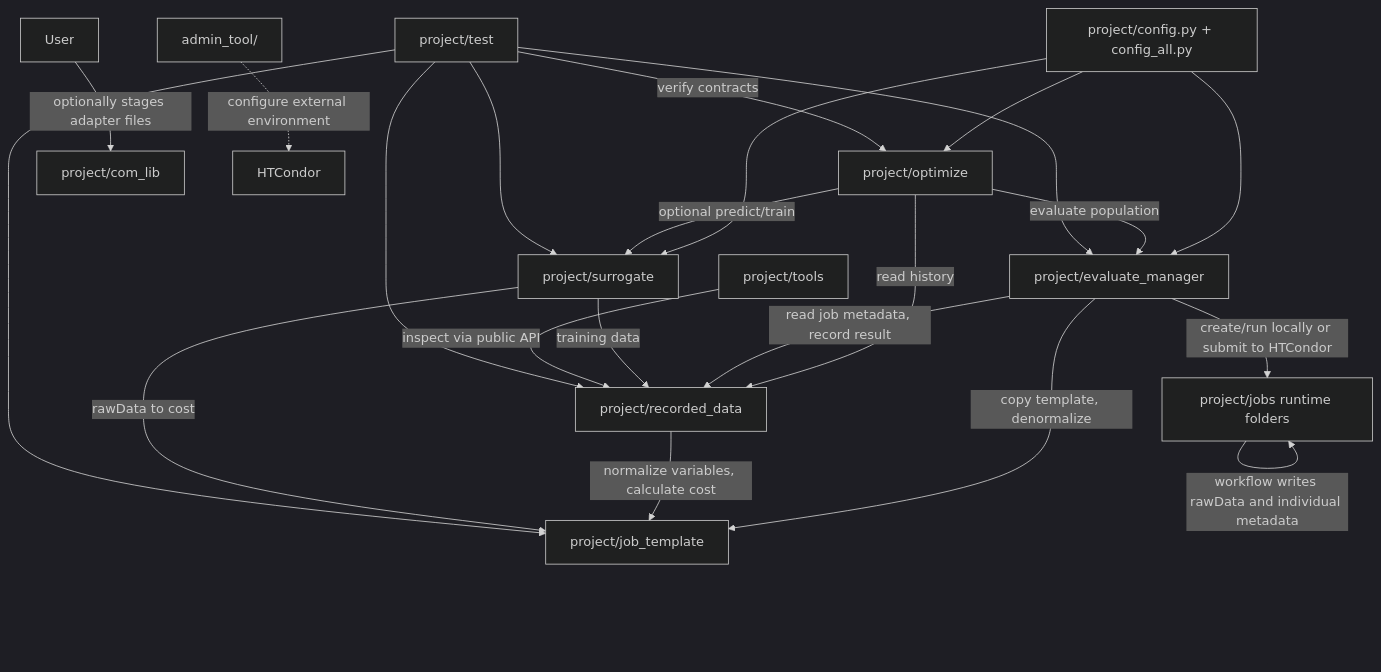
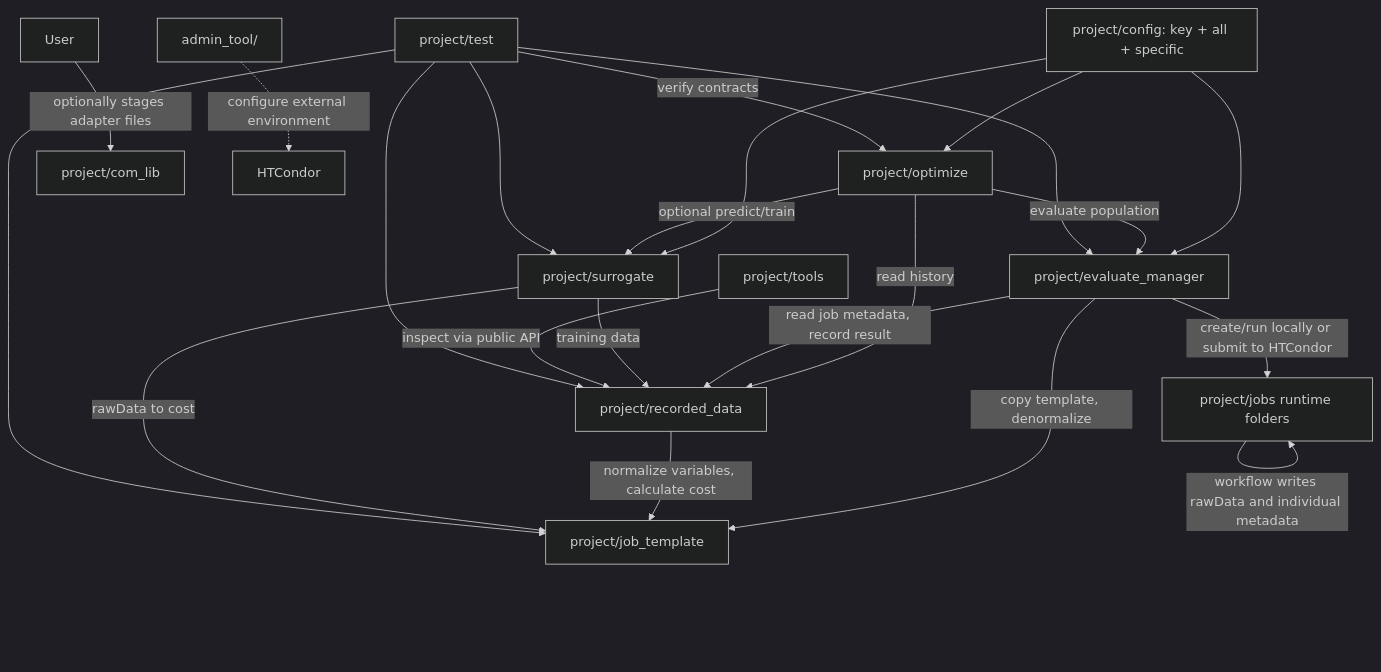
Before and after one commit to YS-Pan/yadof: the diagram in dev_doc/architecture/c4_container.md, drawn with Mermaid (dark theme). The commit also changed other lines of this file and 58 other files, not shown here.

Commit message:
refactor: isolate software-specific tools and config

````diff
--- a/dev_doc/architecture/c4_container.md
+++ b/dev_doc/architecture/c4_container.md
@@ -5,28 +5,28 @@
 ```mermaid
 flowchart TD
-    Config["project/config.py + config_all.py"] --> Optimize["project/optimize"]
+    Config["project/config: key + all + specific"] --> Optimize["project/optimize"]
     Config --> Evaluate["project/evaluate_manager"]
     Config --> Surrogate["project/surrogate"]
 
     Optimize -->|evaluate population| Evaluate
     Optimize -->|read history| Recorded["project/recorded_data"]
     Optimize -->|optional predict/train| Surrogate
 
     Evaluate -->|copy template, denormalize| Template["project/job_template"]
     User -->|optionally stages adapter files| ComLib["project/com_lib"]
     Evaluate -->|create/run locally or submit to HTCondor| Jobs["project/jobs runtime folders"]
     Jobs -->|workflow writes rawData and individual metadata| Jobs
     Evaluate -->|read job metadata, record result| Recorded
 
     Recorded -->|normalize variables, calculate cost| Template
     Surrogate -->|training data| Recorded
     Surrogate -->|rawData to cost| Template
 
     Tools["project/tools"] -->|inspect via public API| Recorded
     AdminResources["admin_tool/"] -.->|configure external environment| HTCondor
     Tests["project/test"] -->|verify contracts| Optimize
     Tests --> Evaluate
     Tests --> Template
     Tests --> Recorded
     Tests --> Surrogate
 ```
````
